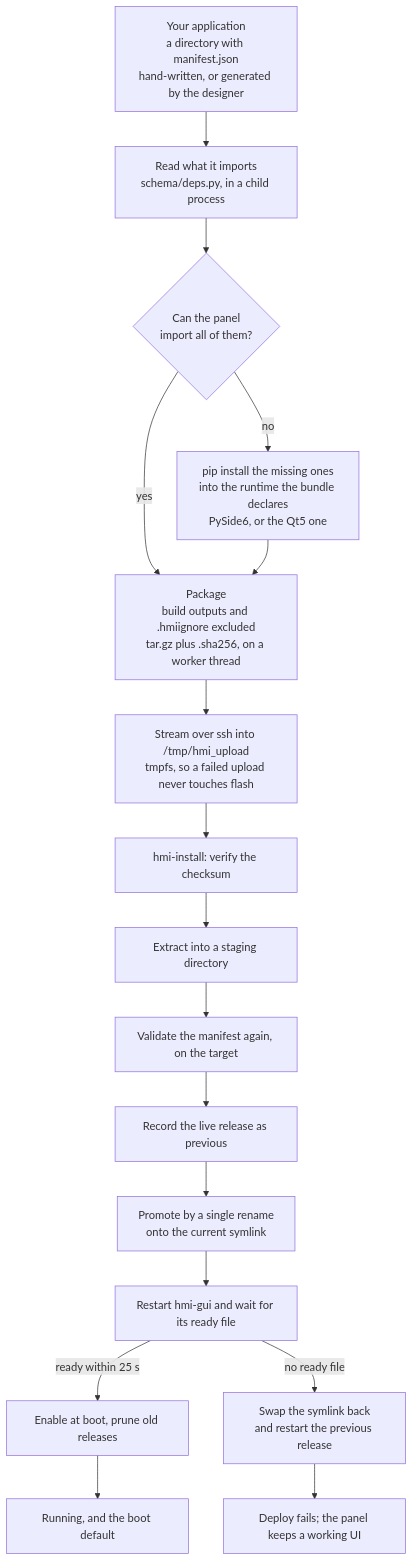
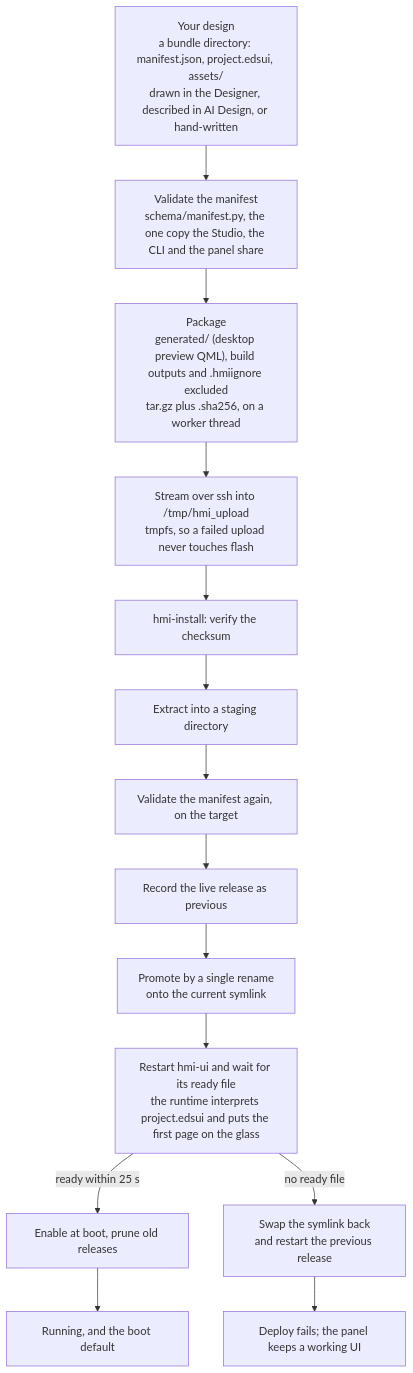
Before and after one commit to Hitheshkaranth/EmbeddedDisplayStudio: the diagram in docs/assets/deploy-pipeline.mmd, drawn with Mermaid. The commit also changed 15 other files, not shown here.

First line of the commit message:
README 0.1.0: screenshots of every section, Qt-free architecture and deployment diagrams

```diff
--- a/docs/assets/deploy-pipeline.mmd
+++ b/docs/assets/deploy-pipeline.mmd
@@ -1,17 +1,14 @@
 graph TD
-    A["Your application<br/>a directory with manifest.json<br/>hand-written, or generated by the designer"] --> B["Read what it imports<br/>schema/deps.py, in a child process"]
-    B --> C{"Can the panel<br/>import all of them?"}
-    C -->|no| D["pip install the missing ones<br/>into the runtime the bundle declares<br/>PySide6, or the Qt5 one"]
-    C -->|yes| E
-    D --> E["Package<br/>build outputs and .hmiignore excluded<br/>tar.gz plus .sha256, on a worker thread"]
+    A["Your design<br/>a bundle directory: manifest.json, project.edsui, assets/<br/>drawn in the Designer, described in AI Design, or hand-written"] --> B["Validate the manifest<br/>schema/manifest.py, the one copy the Studio, the CLI and the panel share"]
+    B --> E["Package<br/>generated/ (desktop preview QML), build outputs and .hmiignore excluded<br/>tar.gz plus .sha256, on a worker thread"]
     E --> F["Stream over ssh into /tmp/hmi_upload<br/>tmpfs, so a failed upload never touches flash"]
     F --> G["hmi-install: verify the checksum"]
     G --> H["Extract into a staging directory"]
     H --> I["Validate the manifest again, on the target"]
     I --> J["Record the live release as previous"]
     J --> K["Promote by a single rename<br/>onto the current symlink"]
-    K --> L["Restart hmi-gui and wait for its ready file"]
+    K --> L["Restart hmi-ui and wait for its ready file<br/>the runtime interprets project.edsui and puts the first page on the glass"]
     L -->|ready within 25 s| M["Enable at boot, prune old releases"]
     L -->|no ready file| N["Swap the symlink back<br/>and restart the previous release"]
     M --> O["Running, and the boot default"]
     N --> P["Deploy fails; the panel keeps a working UI"]
```
